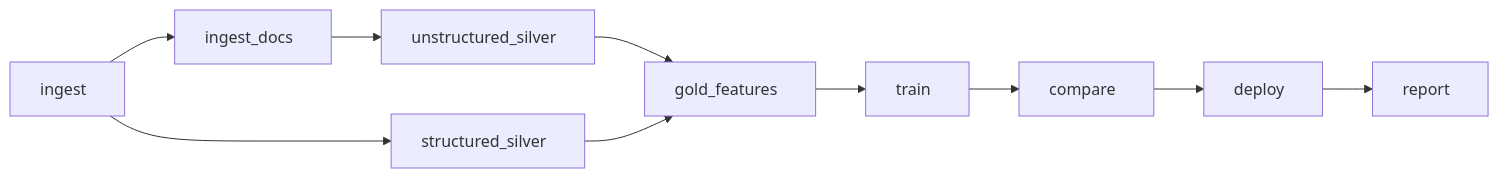
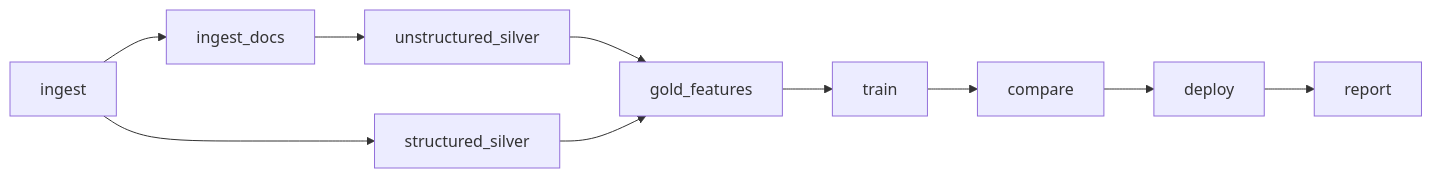
The third of 3 diagrams in README.md (ShabadVaswani/worldbank-outcome-databricks), drawn with Mermaid before and after one commit. The commit also changed other lines of this file, not shown here.

Commit message:
README: use SVG text labels in Mermaid diagrams to avoid clipping

````diff
--- a/README.md
+++ b/README.md
@@ -157,15 +159,16 @@
 ```mermaid
+%%{init: {"flowchart": {"htmlLabels": false}}}%%
 flowchart LR
-  ingest["ingest#nbsp;#nbsp;"]
-  ingest_docs["ingest_docs#nbsp;#nbsp;"]
-  unstructured_silver["unstructured_silver#nbsp;#nbsp;"]
-  structured_silver["structured_silver#nbsp;#nbsp;"]
-  gold_features["gold_features#nbsp;#nbsp;"]
-  train["train#nbsp;#nbsp;"]
-  compare["compare#nbsp;#nbsp;"]
-  deploy["deploy#nbsp;#nbsp;"]
-  report["report#nbsp;#nbsp;"]
+  ingest["ingest"]
+  ingest_docs["ingest_docs"]
+  unstructured_silver["unstructured_silver"]
+  structured_silver["structured_silver"]
+  gold_features["gold_features"]
+  train["train"]
+  compare["compare"]
+  deploy["deploy"]
+  report["report"]
   ingest --> ingest_docs --> unstructured_silver --> gold_features
   ingest --> structured_silver --> gold_features
   gold_features --> train --> compare --> deploy --> report
 ```
````
